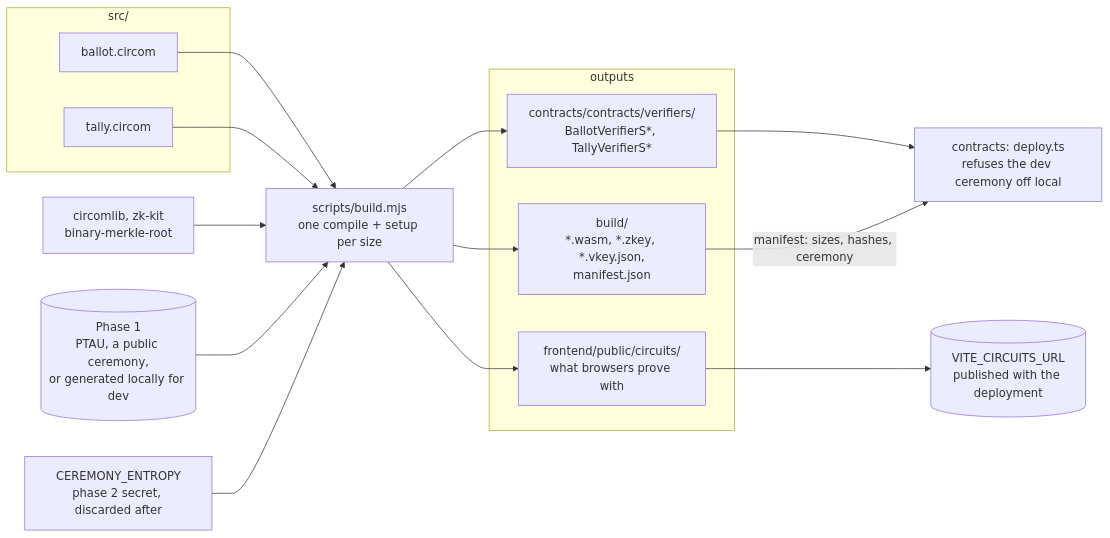
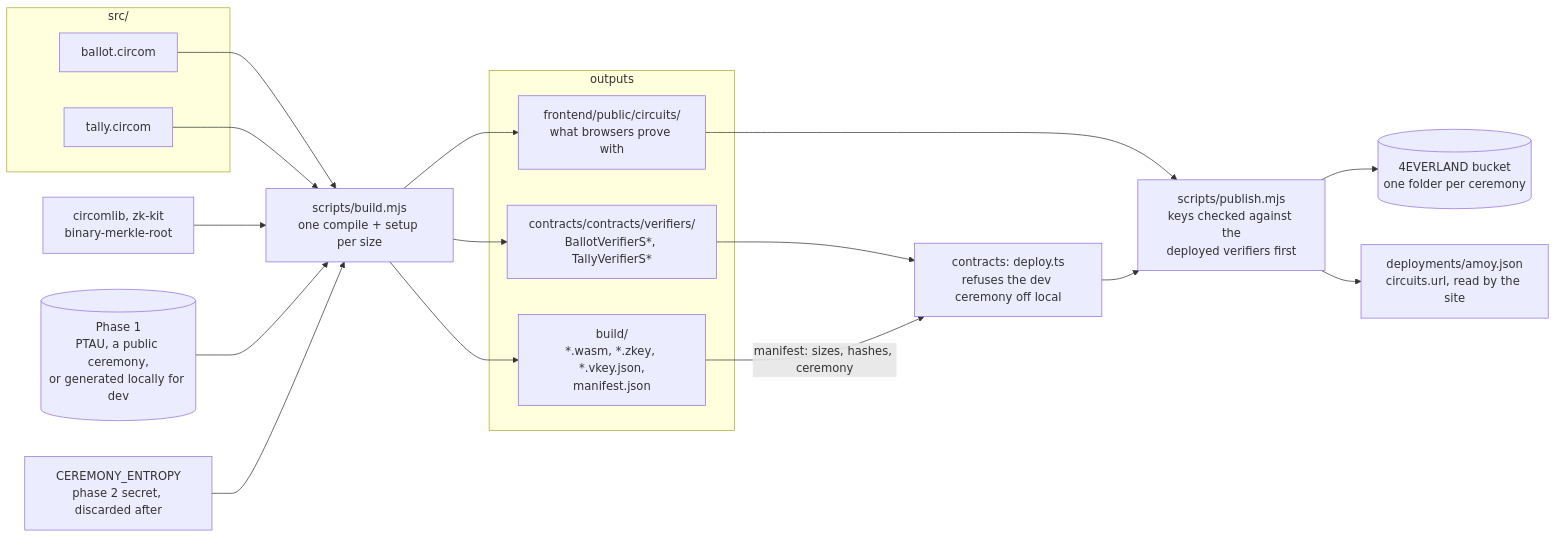
The diagram in circuits/README.md (CodeInIA/votain), drawn with Mermaid before and after one commit. The commit also changed other lines of this file and 20 other files, not shown here.

First line of the commit message:
feat(circuits): publish the proving files with the deployment, and check them in CI

````diff
--- a/circuits/README.md
+++ b/circuits/README.md
@@ -28,33 +30,38 @@
 ```mermaid
 flowchart LR
   subgraph src["src/"]
     ballot["ballot.circom"]
     tally["tally.circom"]
   end
   libs["circomlib, zk-kit<br/>binary-merkle-root"]
   ptau[("Phase 1<br/>PTAU, a public ceremony,<br/>or generated locally for dev")]
   entropy["CEREMONY_ENTROPY<br/>phase 2 secret, discarded after"]
 
   build["scripts/build.mjs<br/>one compile + setup per size"]
 
   subgraph out["outputs"]
     art["build/<br/>*.wasm, *.zkey, *.vkey.json,<br/>manifest.json"]
     sol["contracts/contracts/verifiers/<br/>BallotVerifierS*, TallyVerifierS*"]
     pub["frontend/public/circuits/<br/>what browsers prove with"]
   end
 
   deploy["contracts: deploy.ts<br/>refuses the dev ceremony off local"]
-  ipfs[("VITE_CIRCUITS_URL<br/>published with the deployment")]
+  publish["scripts/publish.mjs<br/>keys checked against the<br/>deployed verifiers first"]
+  bucket[("4EVERLAND bucket<br/>one folder per ceremony")]
+  manifest["deployments/amoy.json<br/>circuits.url, read by the site"]
 
   ballot --> build
   tally --> build
   libs --> build
   ptau --> build
   entropy --> build
   build --> art
   build --> sol
   build --> pub
   sol --> deploy
   art -- "manifest: sizes, hashes, ceremony" --> deploy
-  pub --> ipfs
+  pub --> publish
+  deploy --> publish
+  publish --> bucket
+  publish --> manifest
 ```
````
